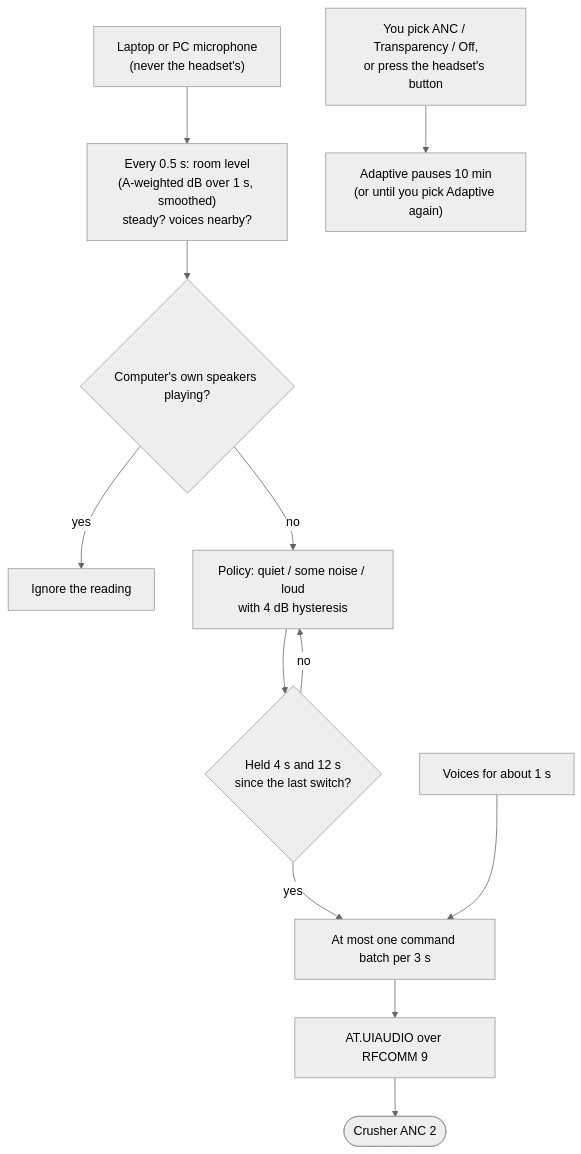
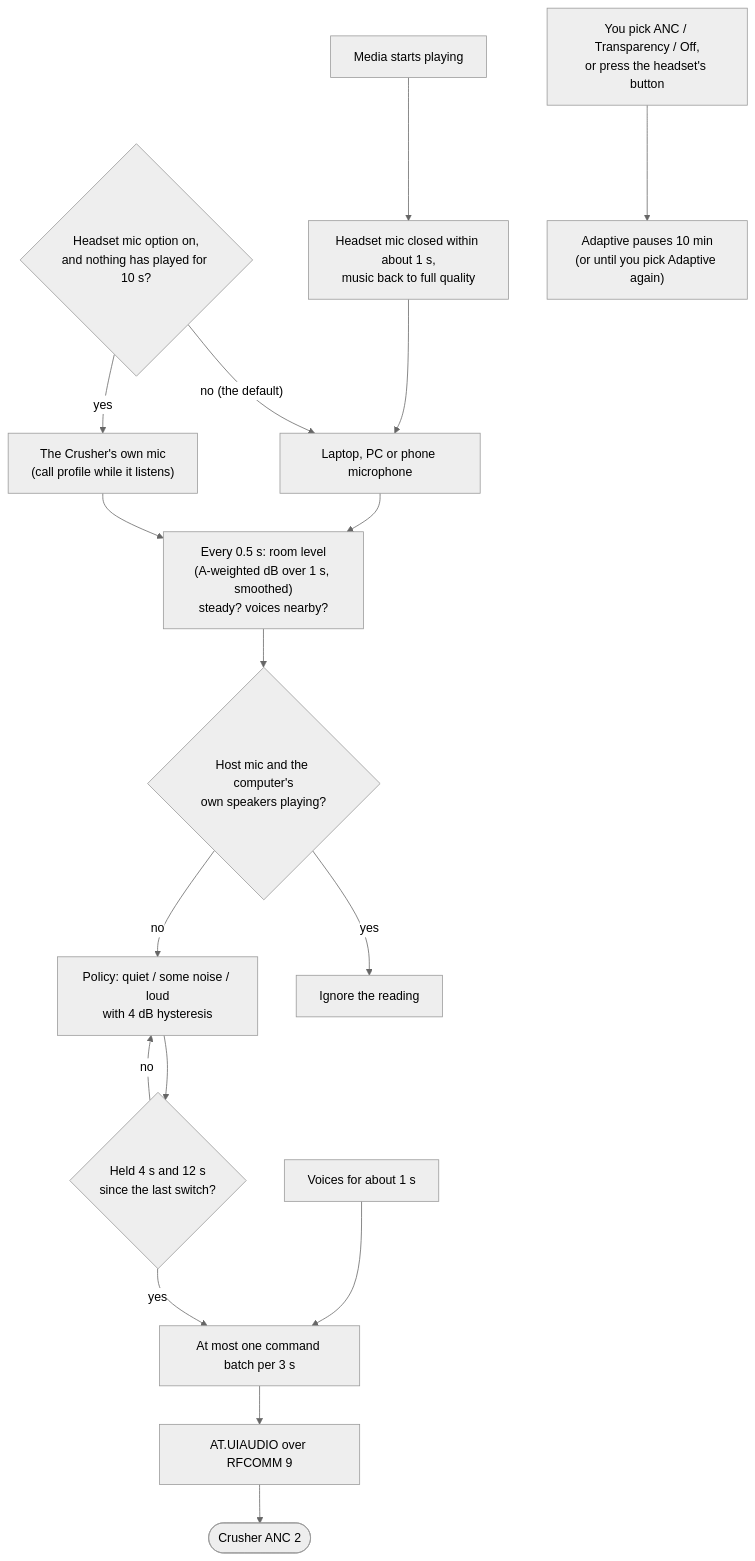
The first of 2 diagrams in README.md (Jaron-Wilson/crossdevice-audio), drawn with Mermaid (neutral theme) before and after one commit. The commit also changed other lines of this file and 7 other files, not shown here.

First line of the commit message:
Crusher Adaptive: optional headset mic while nothing plays; RACE findings

````diff
--- a/README.md
+++ b/README.md
@@ -154,13 +160,18 @@
 ```mermaid
 flowchart TB
-  mic["Laptop or PC microphone<br/>(never the headset's)"] --> meter["Every 0.5 s: room level<br/>(A-weighted dB over 1 s, smoothed)<br/>steady? voices nearby?"]
-  meter --> gate{"Computer's own speakers playing?"}
+  src{"Headset mic option on,<br/>and nothing has played for 10 s?"}
+  src -- "no (the default)" --> hostmic["Laptop, PC or phone microphone"]
+  src -- yes --> hsmic["The Crusher's own mic<br/>(call profile while it listens)"]
+  play["Media starts playing"] --> back["Headset mic closed within about 1 s,<br/>music back to full quality"] --> hostmic
+  hostmic --> meter["Every 0.5 s: room level<br/>(A-weighted dB over 1 s, smoothed)<br/>steady? voices nearby?"]
+  hsmic --> meter
+  meter --> gate{"Host mic and the computer's<br/>own speakers playing?"}
   gate -- yes --> hold["Ignore the reading"]
   gate -- no --> pol["Policy: quiet / some noise / loud<br/>with 4 dB hysteresis"]
   pol --> wait{"Held 4 s and 12 s<br/>since the last switch?"}
   wait -- no --> pol
   wait -- yes --> rate["At most one command batch per 3 s"]
   talk["Voices for about 1 s"] --> rate
   rate --> at["AT.UIAUDIO over RFCOMM 9"] --> crusher(["Crusher ANC 2"])
   manual["You pick ANC / Transparency / Off,<br/>or press the headset's button"] --> pause["Adaptive pauses 10 min<br/>(or until you pick Adaptive again)"]
 ```
````
